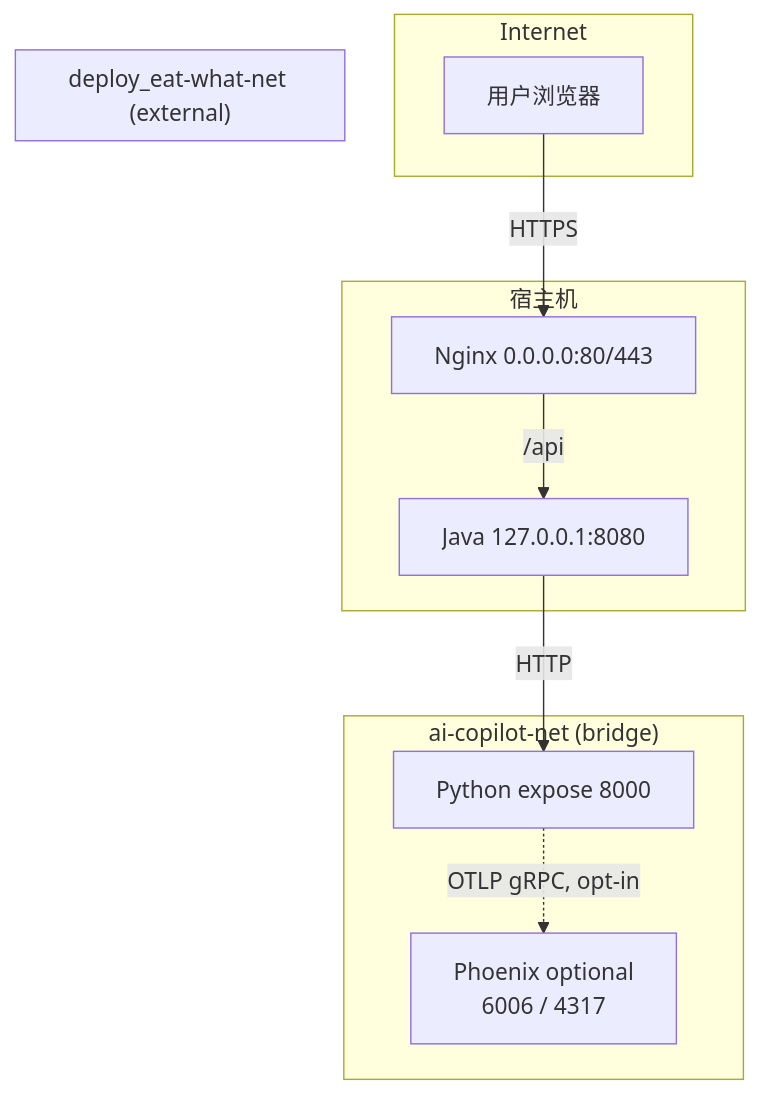
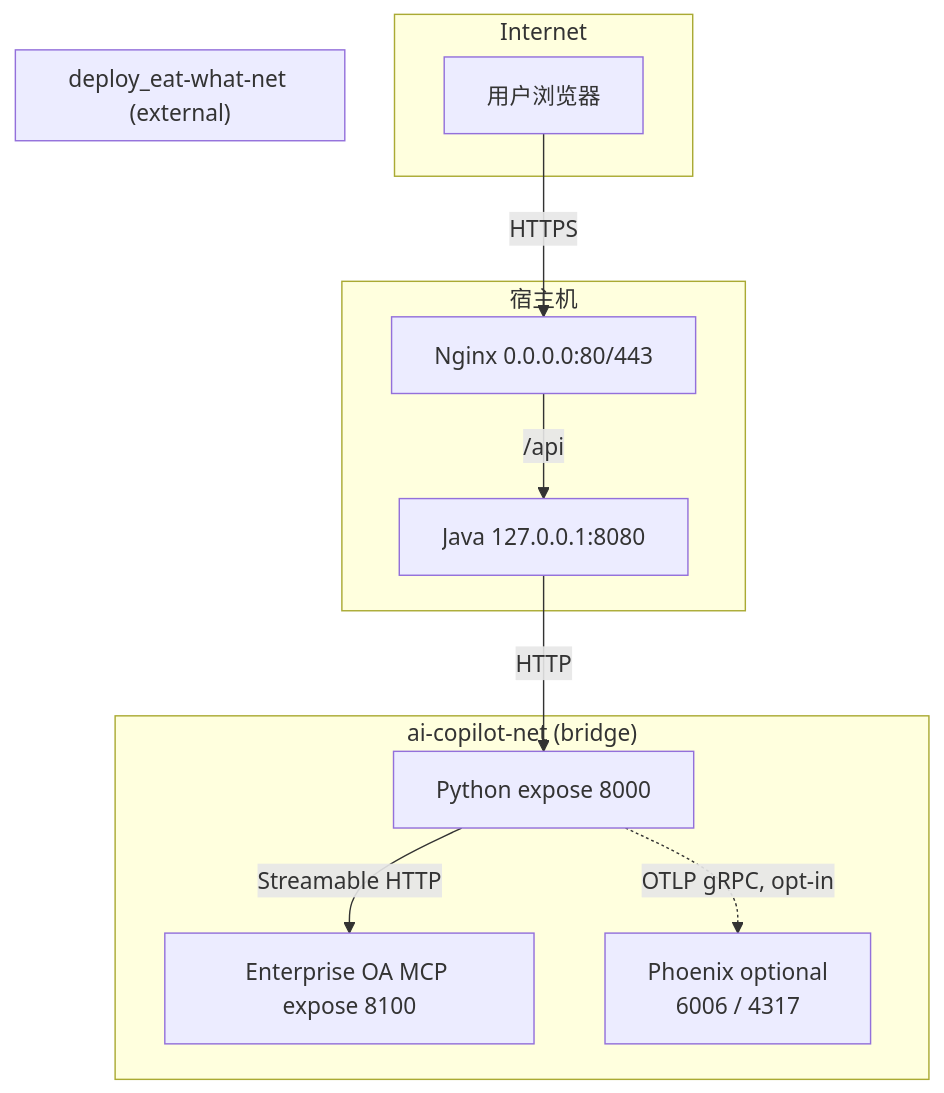
The first of 2 diagrams in docs/deployment.md (izz-BLUE/enterprise-ai-copilot), drawn with Mermaid before and after one commit. The commit also changed other lines of this file and 3 other files, not shown here.

````diff
--- a/docs/deployment.md
+++ b/docs/deployment.md
@@ -165,27 +166,29 @@
 ```mermaid
 graph TD
     subgraph Internet
         U[用户浏览器]
     end
 
     subgraph Host ["宿主机"]
         NG[Nginx 0.0.0.0:80/443]
         J[Java 127.0.0.1:8080]
     end
 
     subgraph Net1 ["deploy_eat-what-net (external)"]
         NG
         J
     end
 
     subgraph Net2 ["ai-copilot-net (bridge)"]
         J
         P[Python expose 8000]
+        OA[Enterprise OA MCP expose 8100]
         PHX[Phoenix optional<br/>6006 / 4317]
     end
 
     U -->|HTTPS| NG
     NG -->|/api| J
     J -->|HTTP| P
+    P -->|Streamable HTTP| OA
     P -.->|OTLP gRPC, opt-in| PHX
 ```
````
